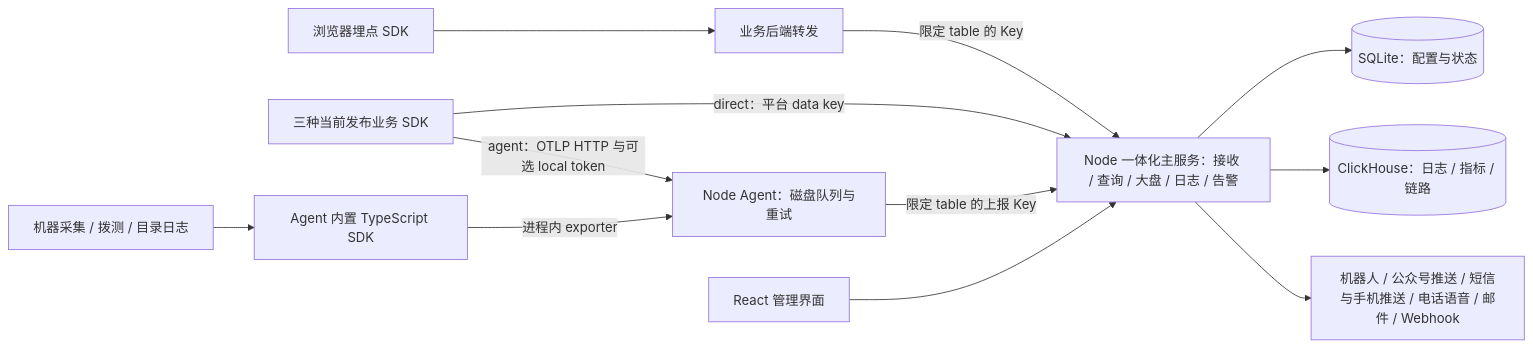
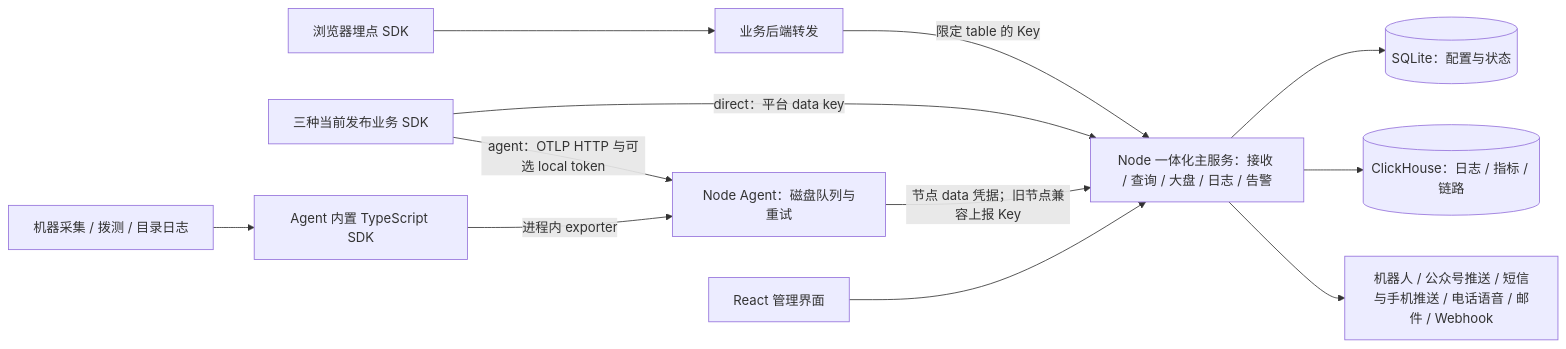
Before and after one commit to workhold/lightmoni: the diagram in docs/architecture.md, drawn with Mermaid. The commit also changed other lines of this file and 24 other files, not shown here.

````diff
--- a/docs/architecture.md
+++ b/docs/architecture.md
@@ -22,14 +22,14 @@
 ```mermaid
 flowchart LR
     B[浏览器埋点 SDK] --> P[业务后端转发]
     P -->|限定 table 的 Key| M
     S[三种当前发布业务 SDK] -->|direct：平台 data key| M
     S -->|agent：OTLP HTTP 与可选 local token| A
     H[机器采集 / 拨测 / 目录日志] --> G[Agent 内置 TypeScript SDK]
     G -->|进程内 exporter| A
-    A[Node Agent：磁盘队列与重试] -->|限定 table 的上报 Key| M
+    A[Node Agent：磁盘队列与重试] -->|节点 data 凭据；旧节点兼容上报 Key| M
     U[React 管理界面] --> M
     M[Node 一体化主服务：接收 / 查询 / 大盘 / 日志 / 告警] --> Q[(SQLite：配置与状态)]
     M --> C[(ClickHouse：日志 / 指标 / 链路)]
     M --> N[机器人 / 公众号推送 / 短信与手机推送 / 电话语音 / 邮件 / Webhook]
 ```
````
